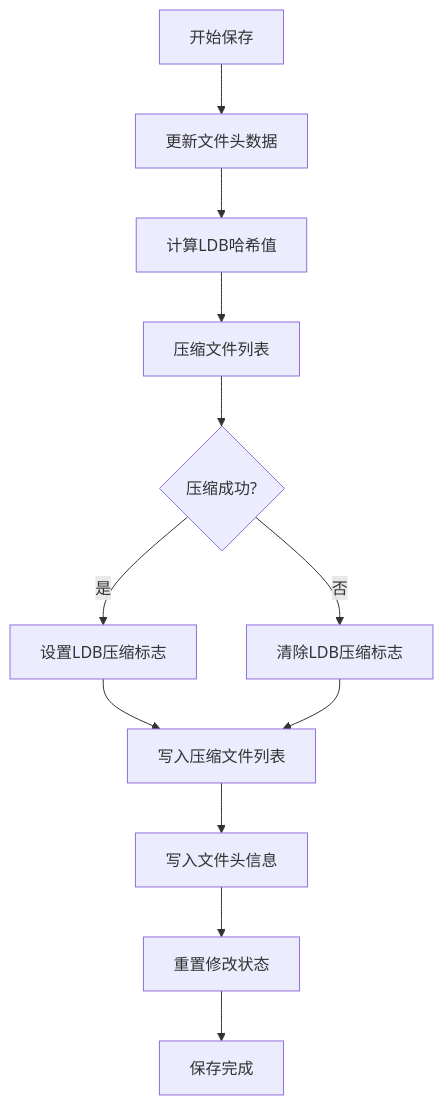
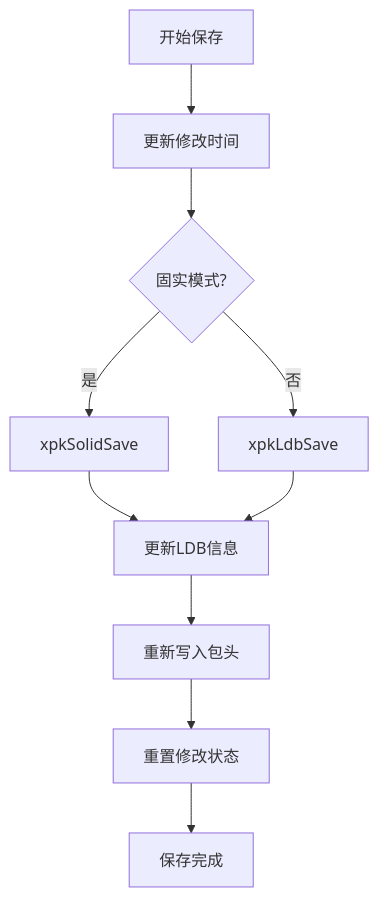
The fifth of 8 diagrams in .qoder/repowiki/zh/content/API参考手册/核心API函数.md (xywhsoft/xpack), drawn with Mermaid before and after one commit. The commit also changed other lines of this file and 23 other files, not shown here.

````diff
--- a/.qoder/repowiki/zh/content/API参考手册/核心API函数.md
+++ b/.qoder/repowiki/zh/content/API参考手册/核心API函数.md
@@ -291,14 +391,12 @@
 ```mermaid
 flowchart TD
-A[开始保存] --> B[更新文件头数据]
-B --> C[计算LDB哈希值]
-C --> D[压缩文件列表]
-D --> E{压缩成功?}
-E --> |是| F[设置LDB压缩标志]
-E --> |否| G[清除LDB压缩标志]
-F --> H[写入压缩文件列表]
-G --> H
-H --> I[写入文件头信息]
-I --> J[重置修改状态]
-J --> K[保存完成]
+A[开始保存] --> B[更新修改时间]
+B --> C{固实模式?}
+C --> |是| D[xpkSolidSave]
+C --> |否| E[xpkLdbSave]
+D --> F[更新LDB信息]
+E --> F
+F --> G[重新写入包头]
+G --> H[重置修改状态]
+H --> I[保存完成]
 ```
````
